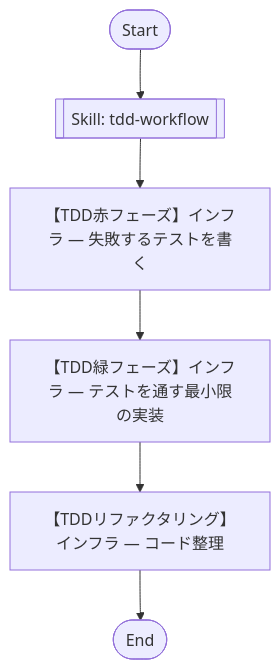
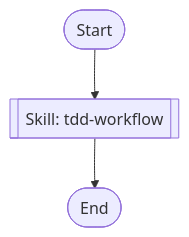
Before and after one commit to lihs-ie/alpha-mind: the diagram in .claude/agents/dev_tdd-infrastructure.md, drawn with Mermaid. The commit also changed other lines of this file and 17 other files, not shown here.

````diff
--- a/.claude/agents/dev_tdd-infrastructure.md
+++ b/.claude/agents/dev_tdd-infrastructure.md
@@ -6,15 +7,9 @@
 ```mermaid
 flowchart TD
-    inf_sf_start([Start])
-    inf_sf_tdd_skill[[Skill: tdd-workflow]]
-    inf_sf_red[【TDD赤フェーズ】インフラ — 失敗するテストを書く]
-    inf_sf_green[【TDD緑フェーズ】インフラ — テストを通す最小限の実装]
-    inf_sf_refactor[【TDDリファクタリング】インフラ — コード整理]
-    inf_sf_end([End])
+    sf_infra_start([Start])
+    sf_infra_skill[[Skill: tdd-workflow]]
+    sf_infra_end([End])
 
-    inf_sf_start --> inf_sf_tdd_skill
-    inf_sf_tdd_skill --> inf_sf_red
-    inf_sf_red --> inf_sf_green
-    inf_sf_green --> inf_sf_refactor
-    inf_sf_refactor --> inf_sf_end
+    sf_infra_start --> sf_infra_skill
+    sf_infra_skill --> sf_infra_end
 ```
````
